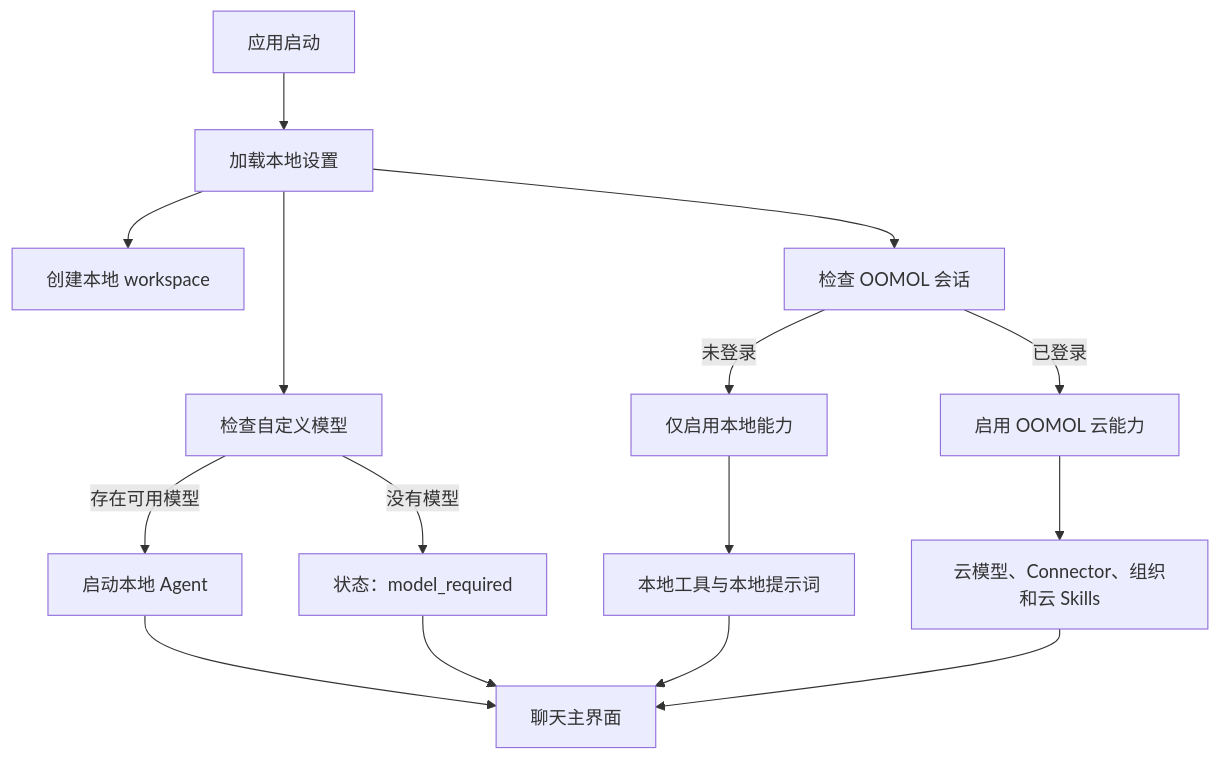
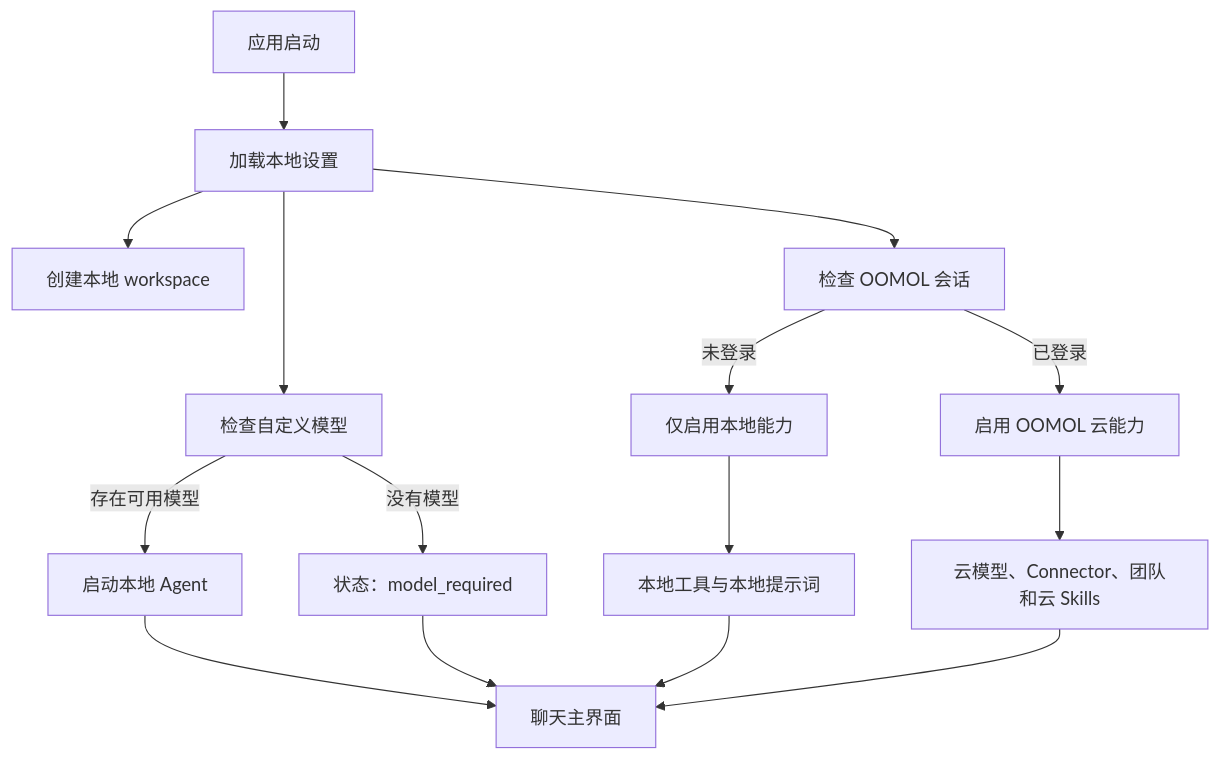
Before and after one commit to oomol-lab/wanta: the diagram in docs/open-source-plan.md, drawn with Mermaid. The commit also changed other lines of this file and 7 other files, not shown here.

````diff
--- a/docs/open-source-plan.md
+++ b/docs/open-source-plan.md
@@ -155,17 +155,17 @@
 ```mermaid
 flowchart TD
     A["应用启动"] --> B["加载本地设置"]
     B --> C["创建本地 workspace"]
     B --> D["检查自定义模型"]
     B --> E["检查 OOMOL 会话"]
     D -->|存在可用模型| F["启动本地 Agent"]
     D -->|没有模型| G["状态：model_required"]
     E -->|未登录| H["仅启用本地能力"]
     E -->|已登录| I["启用 OOMOL 云能力"]
     H --> J["本地工具与本地提示词"]
-    I --> K["云模型、Connector、组织和云 Skills"]
+    I --> K["云模型、Connector、团队和云 Skills"]
     F --> L["聊天主界面"]
     G --> L
     J --> L
     K --> L
 ```
````
